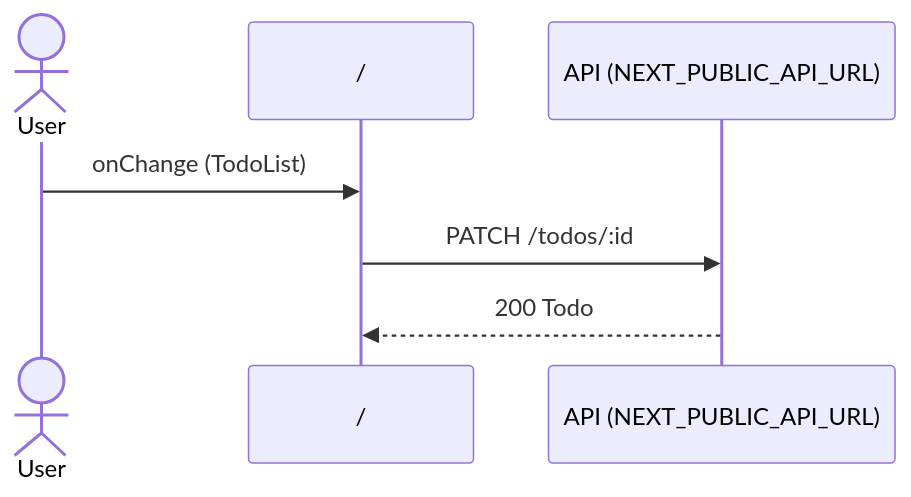
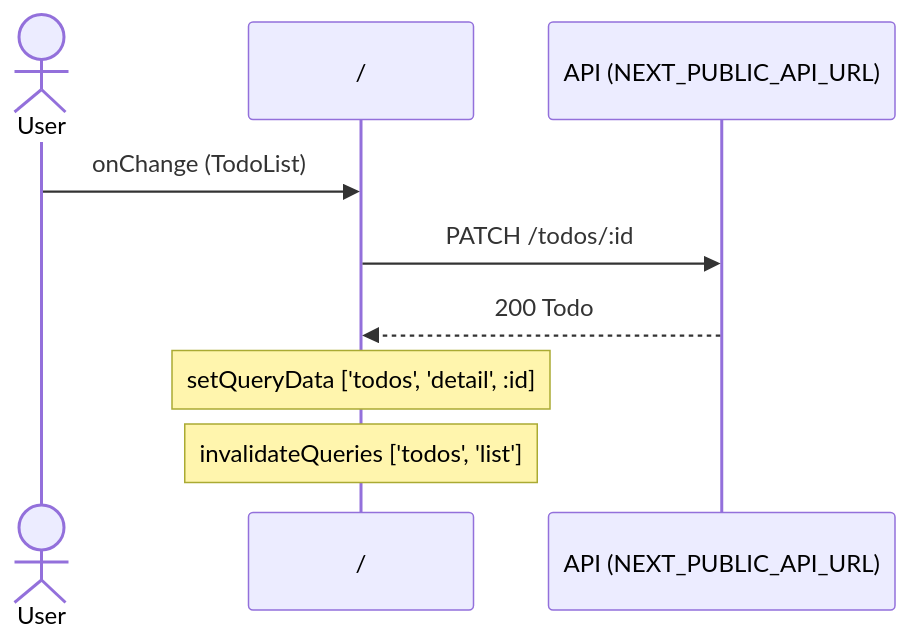
Before and after one commit to MinaLouisLeon/flow-checker: the diagram in packages/exporter/test/golden/react-query/md/flows/todolist-change.md, drawn with Mermaid. The commit also changed other lines of this file and 111 other files, not shown here.

````diff
--- a/packages/exporter/test/golden/react-query/md/flows/todolist-change.md
+++ b/packages/exporter/test/golden/react-query/md/flows/todolist-change.md
@@ -13,9 +13,11 @@
 ```mermaid
 sequenceDiagram
   actor U as User
   participant P0 as /
   participant P1 as API (NEXT_PUBLIC_API_URL)
   U->>P0: onChange (TodoList)
   P0->>P1: PATCH /todos/:id
   P1-->>P0: 200 Todo
+  Note over P0: setQueryData ['todos', 'detail', :id]
+  Note over P0: invalidateQueries ['todos', 'list']
 ```
````
